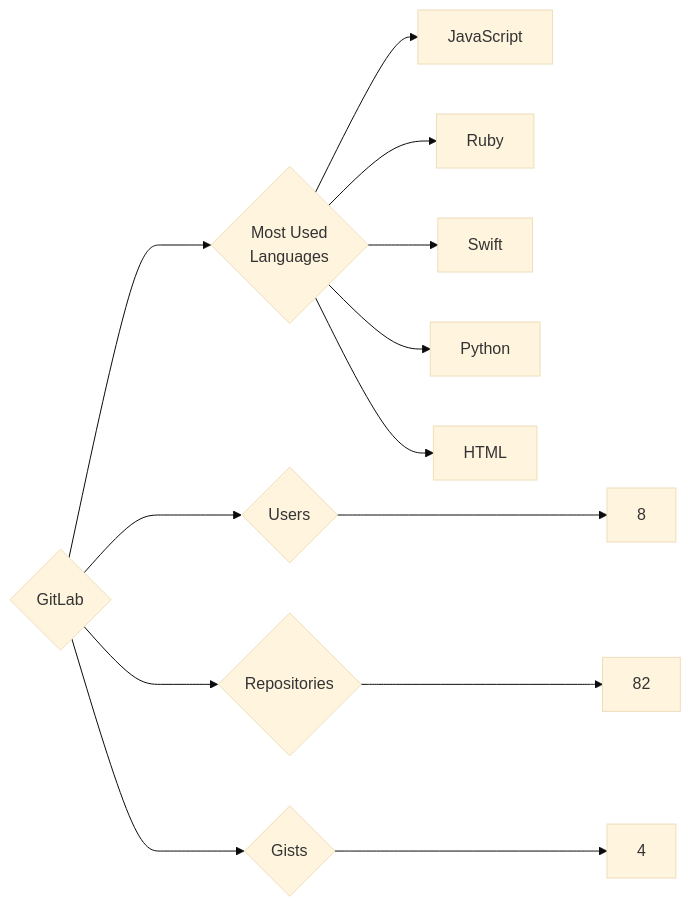
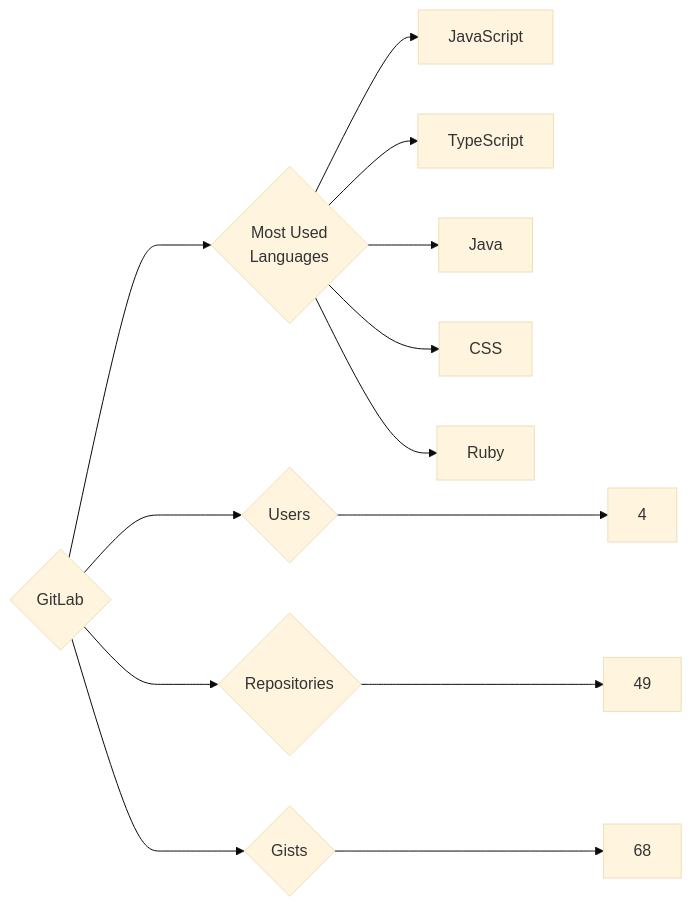
Before and after one commit to trickest/insiders: the diagram in targets/GitLab/README.md, drawn with Mermaid (base theme). The commit also changed 859 other files, not shown here.

````diff
--- a/targets/GitLab/README.md
+++ b/targets/GitLab/README.md
@@ -3,13 +3,13 @@
 ```mermaid
 graph LR
 COMPANY_NAME{GitLab}
-COMPANY_NAME ---> U{Users} ---> UN[8]
-COMPANY_NAME ---> R{Repositories} ---> RN[82]
-COMPANY_NAME ---> G{Gists} ---> GN[4]
+COMPANY_NAME ---> U{Users} ---> UN[4]
+COMPANY_NAME ---> R{Repositories} ---> RN[49]
+COMPANY_NAME ---> G{Gists} ---> GN[68]
 COMPANY_NAME ---> ML{Most Used<br>Languages}
 ML --> JavaScript[JavaScript]
+ML --> TypeScript[TypeScript]
+ML --> Java[Java]
+ML --> CSS[CSS]
 ML --> Ruby[Ruby]
-ML --> Swift[Swift]
-ML --> Python[Python]
-ML --> HTML[HTML]
 ```
````
